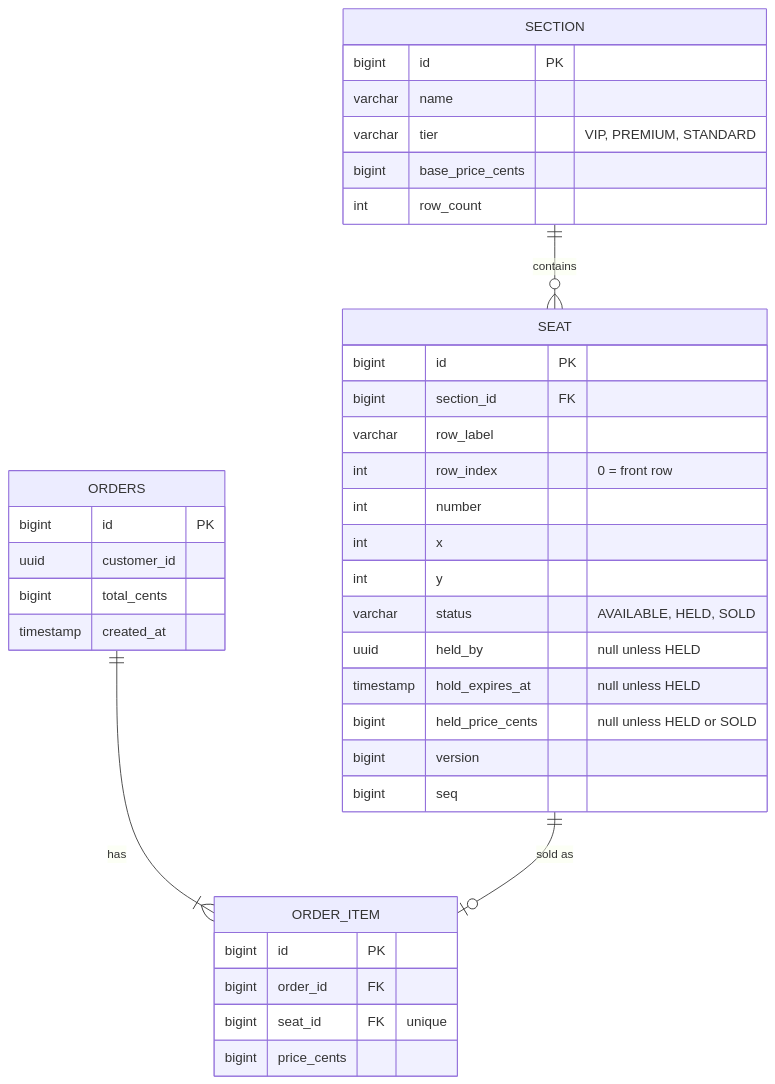
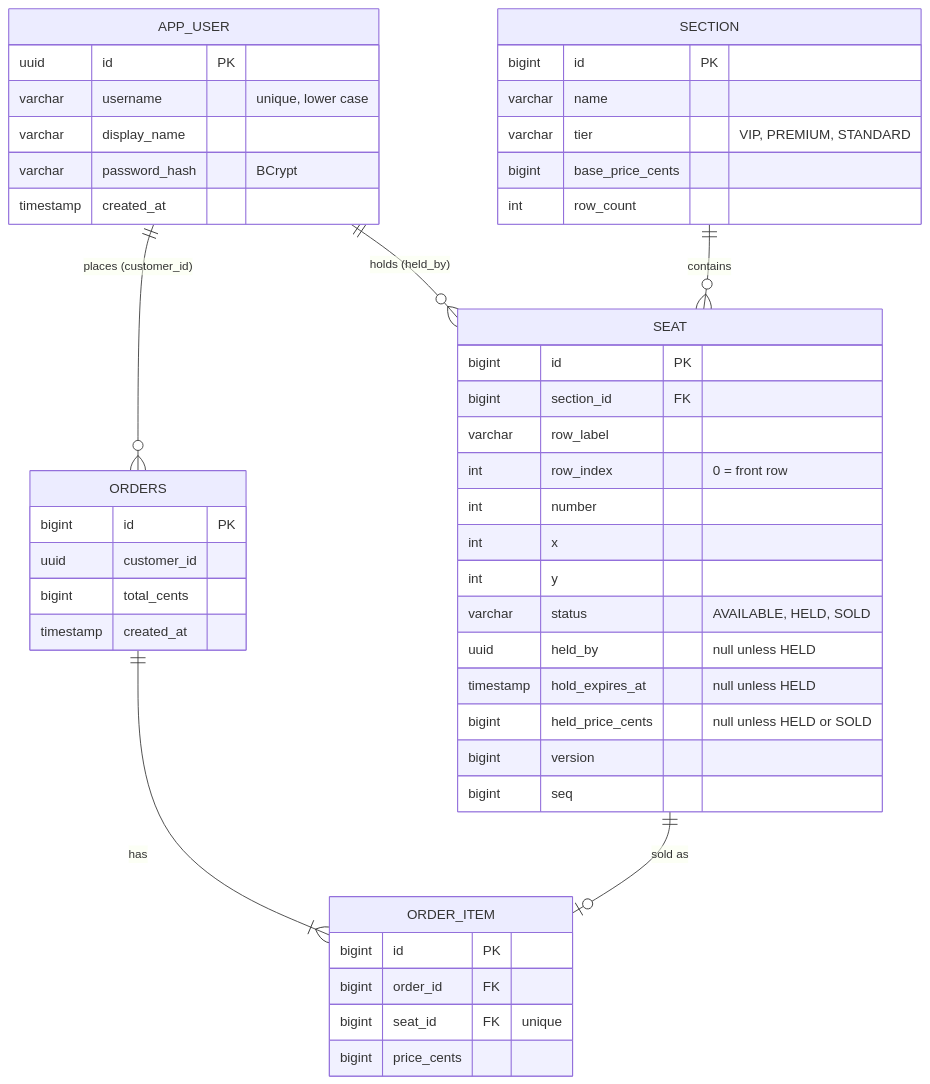
The diagram in .wiki/Data-Model.md (amalps565/theater-arena-booking), drawn with Mermaid before and after one commit. The commit also changed 14 other files, not shown here.

````diff
--- a/.wiki/Data-Model.md
+++ b/.wiki/Data-Model.md
@@ -5,41 +5,50 @@
 ```mermaid
 erDiagram
+    APP_USER ||--o{ SEAT : "holds (held_by)"
+    APP_USER ||--o{ ORDERS : "places (customer_id)"
     SECTION ||--o{ SEAT : contains
     ORDERS ||--|{ ORDER_ITEM : has
     SEAT ||--o| ORDER_ITEM : "sold as"
 
+    APP_USER {
+        uuid id PK
+        varchar username "unique, lower case"
+        varchar display_name
+        varchar password_hash "BCrypt"
+        timestamp created_at
+    }
     SECTION {
         bigint id PK
         varchar name
         varchar tier "VIP, PREMIUM, STANDARD"
         bigint base_price_cents
         int row_count
     }
     SEAT {
         bigint id PK
         bigint section_id FK
         varchar row_label
         int row_index "0 = front row"
         int number
         int x
         int y
         varchar status "AVAILABLE, HELD, SOLD"
         uuid held_by "null unless HELD"
         timestamp hold_expires_at "null unless HELD"
         bigint held_price_cents "null unless HELD or SOLD"
         bigint version
         bigint seq
     }
     ORDERS {
         bigint id PK
         uuid customer_id
         bigint total_cents
         timestamp created_at
     }
     ORDER_ITEM {
         bigint id PK
         bigint order_id FK
         bigint seat_id FK "unique"
         bigint price_cents
     }
 ```
````
